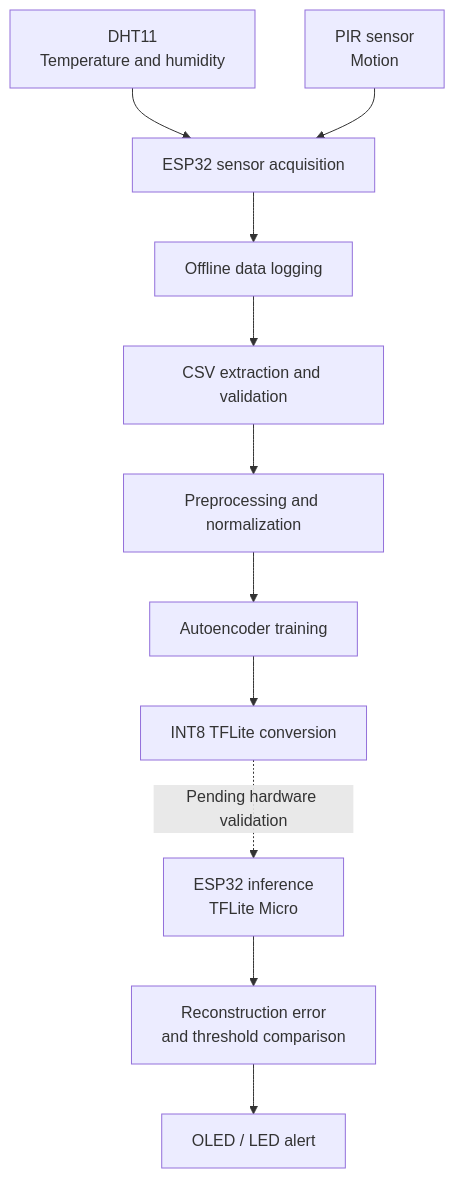
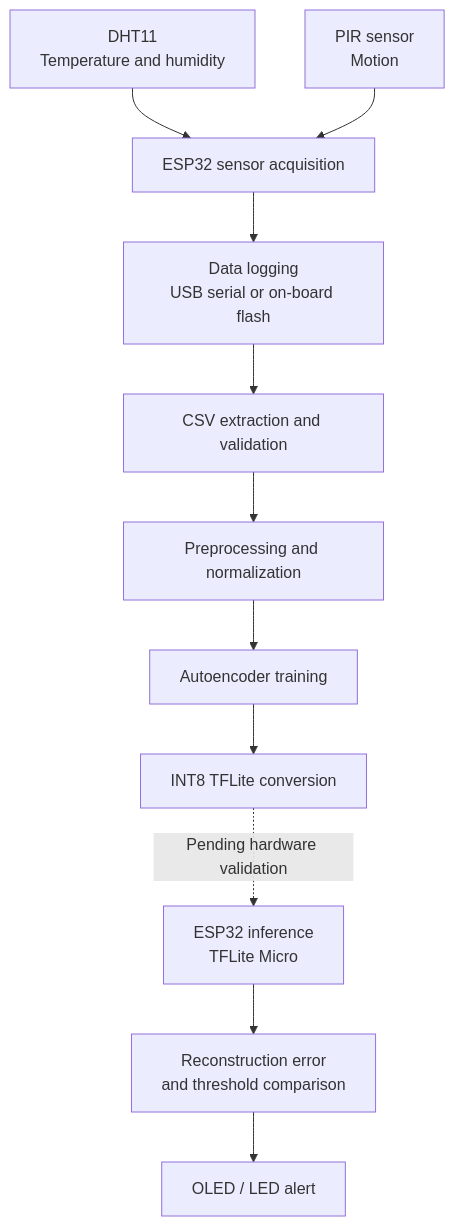
Before and after one commit to roukaiafadla/tinyml-env-anomaly: the diagram in README.md, drawn with Mermaid. The commit also changed other lines of this file, not shown here.

````diff
--- a/README.md
+++ b/README.md
@@ -39,20 +35,20 @@
 ```mermaid
 flowchart TD
     A["DHT11<br/>Temperature and humidity"]
     B["PIR sensor<br/>Motion"]
     C["ESP32 sensor acquisition"]
-    D["Offline data logging"]
+    D["Data logging<br/>USB serial or on-board flash"]
     E["CSV extraction and validation"]
     F["Preprocessing and normalization"]
     G["Autoencoder training"]
     H["INT8 TFLite conversion"]
     I["ESP32 inference<br/>TFLite Micro"]
     J["Reconstruction error<br/>and threshold comparison"]
     K["OLED / LED alert"]
 
     A --> C
     B --> C
     C --> D --> E --> F --> G --> H
     H -. "Pending hardware validation" .-> I
     I --> J --> K
 ```
````
